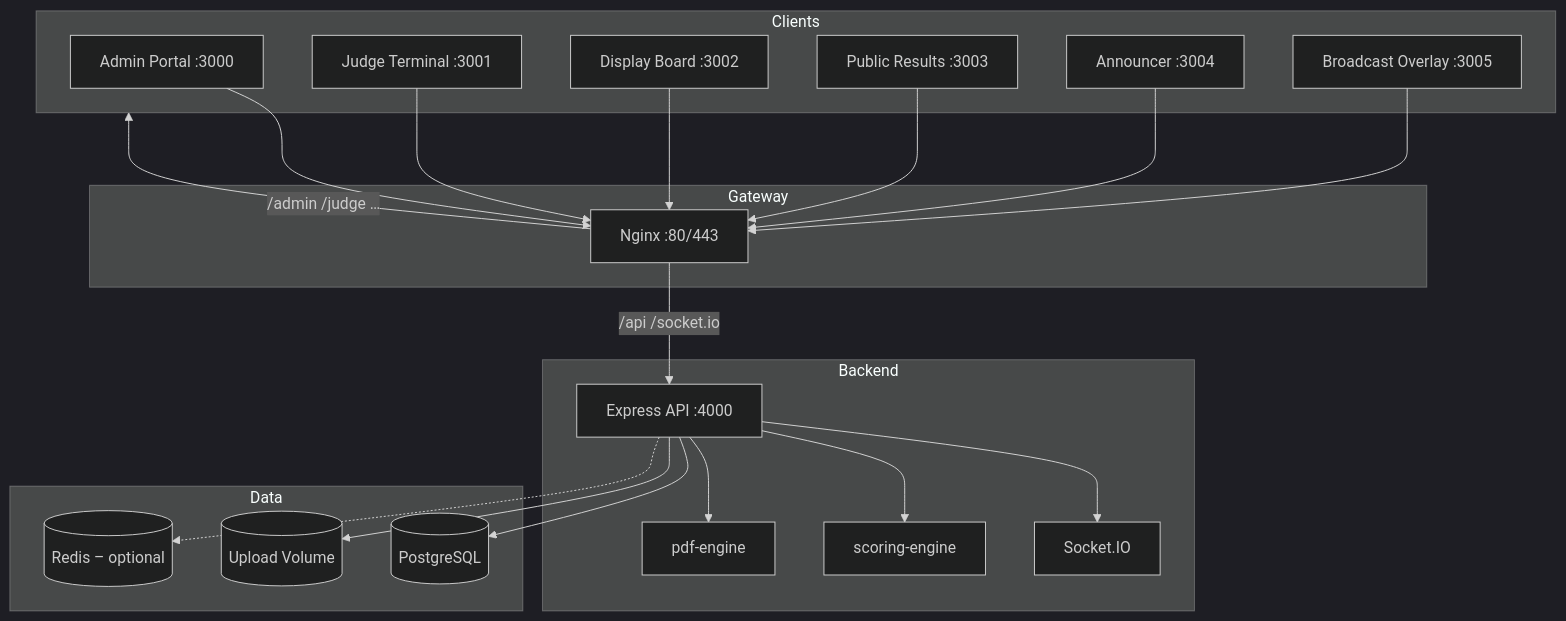
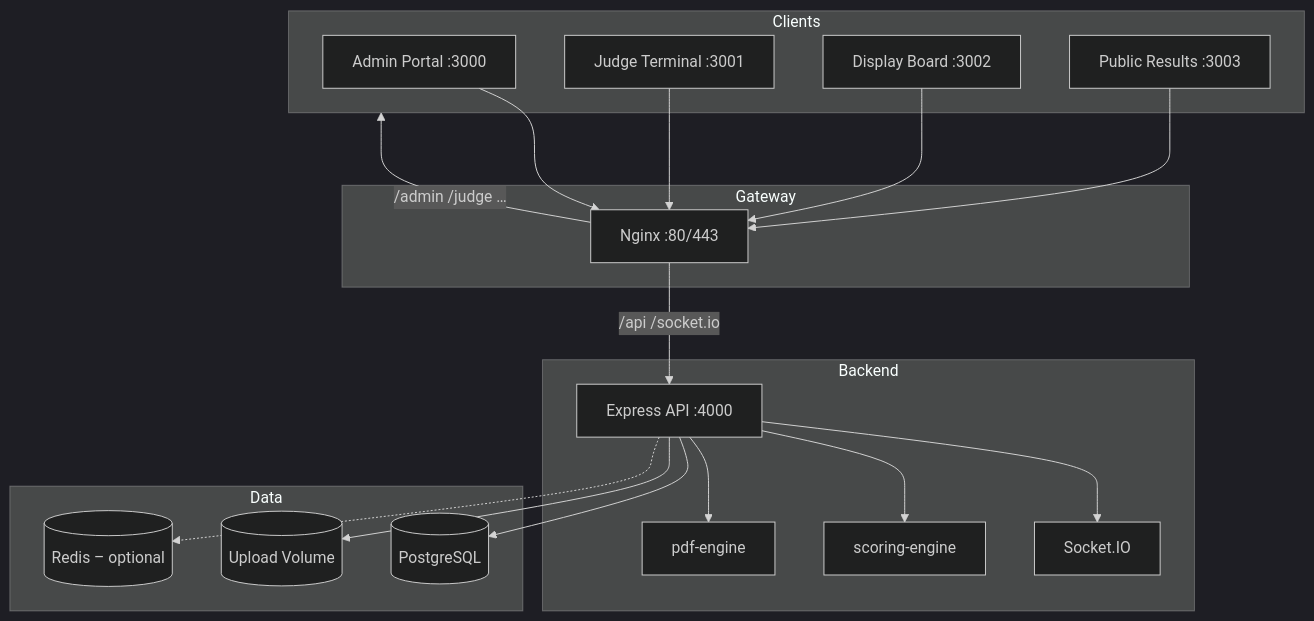
Before and after one commit to Pratap22/aerojudge-accuracy-cms: the diagram in README.md, drawn with Mermaid (dark theme). The commit also changed other lines of this file and 68 other files, not shown here.

Commit message:
Get rod of overlay and broadcast apps

````diff
--- a/README.md
+++ b/README.md
@@ -34,37 +34,35 @@
 ```mermaid
 flowchart TB
     subgraph Clients
         Admin["Admin Portal :3000"]
         Judge["Judge Terminal :3001"]
         Display["Display Board :3002"]
         Public["Public Results :3003"]
-        Announcer["Announcer :3004"]
-        Overlay["Broadcast Overlay :3005"]
     end
 
     subgraph Gateway
         Nginx["Nginx :80/443"]
     end
 
     subgraph Backend
         API["Express API :4000"]
         Socket["Socket.IO"]
         Scoring["scoring-engine"]
         PDF["pdf-engine"]
     end
 
     subgraph Data
         PG[("PostgreSQL")]
         Redis[("Redis – optional")]
         Uploads[("Upload Volume")]
     end
 
-    Admin & Judge & Display & Public & Announcer & Overlay --> Nginx
+    Admin & Judge & Display & Public --> Nginx
     Nginx -->|"/api /socket.io"| API
     Nginx -->|"/admin /judge …"| Clients
     API --> Socket
     API --> Scoring & PDF
     API --> PG
     API --> Uploads
     API -.-> Redis
 ```
````
